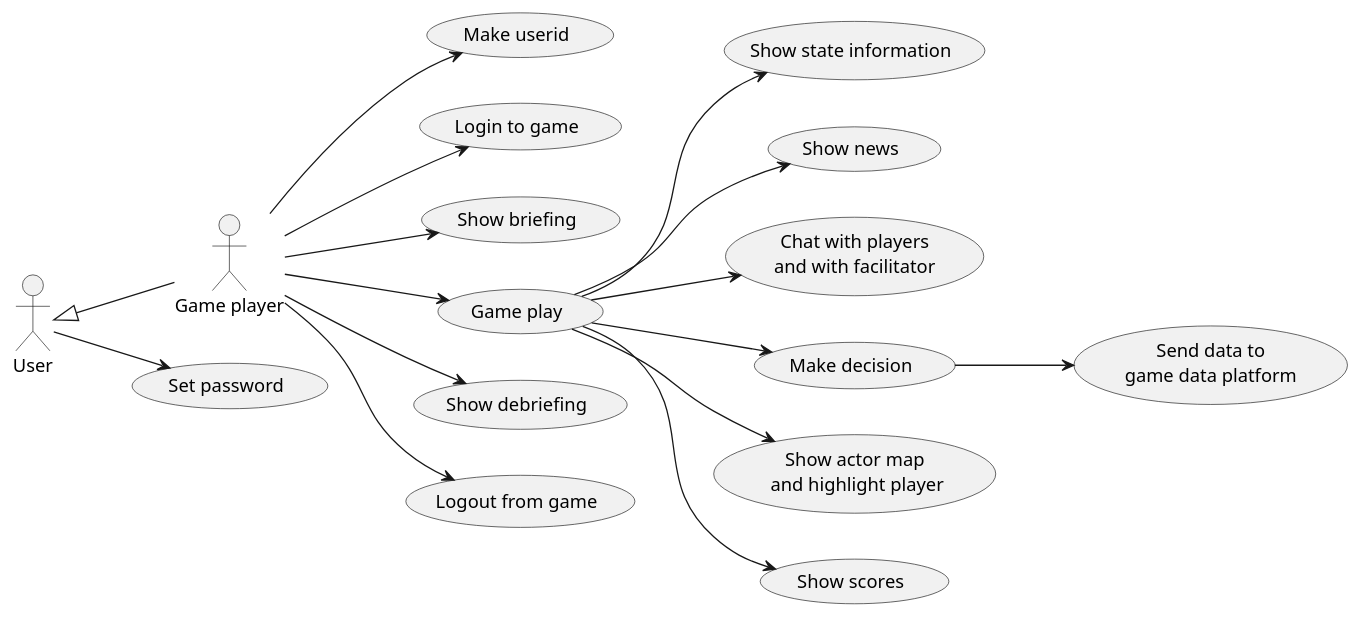
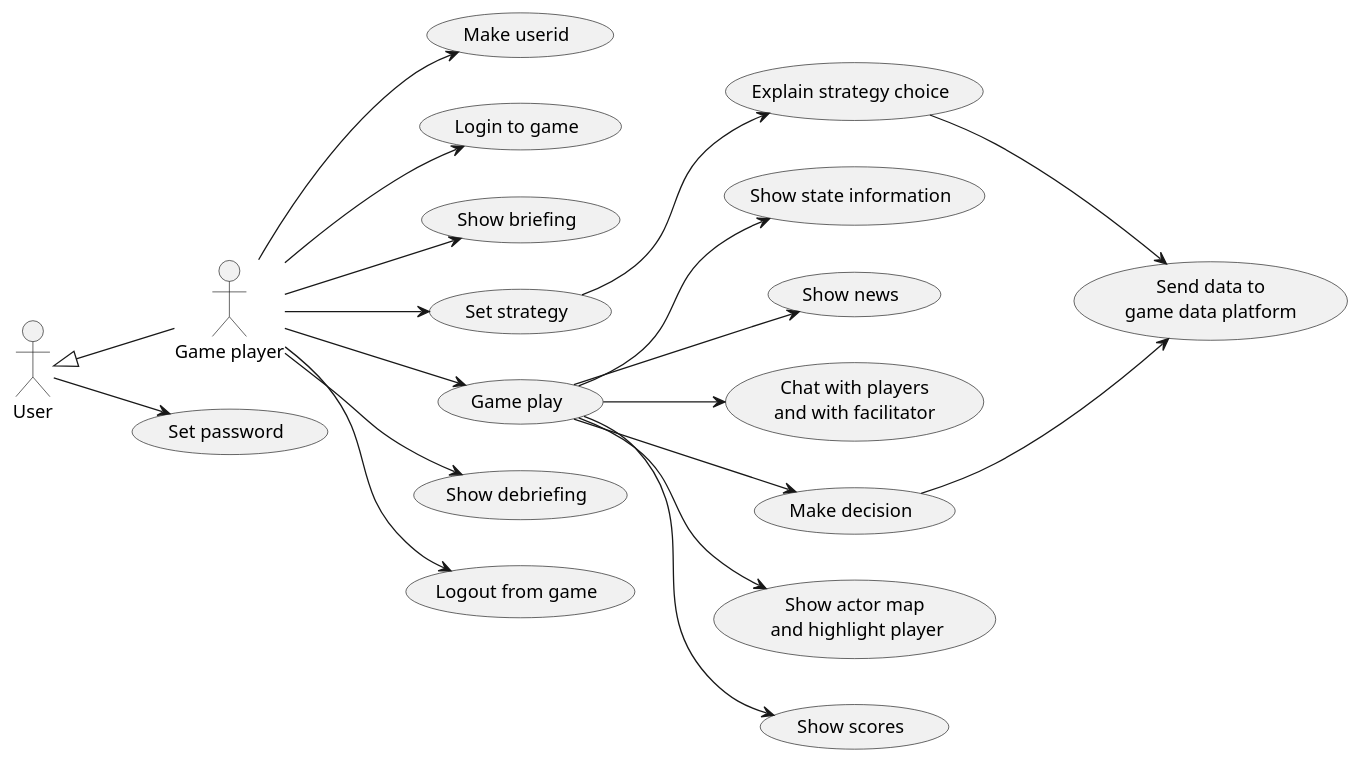
Before and after one commit to averbraeck/gscg-design: the diagram in doc/1-use-cases/diagrams/game-play.puml, drawn with PlantUML. The commit also changed 2 other files, not shown here.

Commit message:
Issue #11. Strategy setting by player

```diff
--- a/doc/1-use-cases/diagrams/game-play.puml
+++ b/doc/1-use-cases/diagrams/game-play.puml
@@ -1,28 +1,31 @@
 @startuml
 left to right direction
  
 "Game player" as GP
 User <|-- GP
 
 User --> (Set password)
 
 GP --> (Make userid)
 GP --> (Login to game)
+GP --> (Show briefing)
 
-GP --> (Show briefing)
+GP --> (Set strategy)
+(Set strategy) --> (Explain strategy choice)
+(Explain strategy choice) --> (Send data to\ngame data platform)
 
 GP --> (Game play)
 (Game play) --> (Show state information)
 (Game play) --> (Show news)
 (Game play) --> (Chat with players\nand with facilitator)
 (Game play) --> (Make decision)
 (Game play) --> (Show actor map\n and highlight player)
 (Game play) --> (Show scores)
 
 (Make decision) --> (Send data to\ngame data platform)
 
 GP --> (Show debriefing)
 
 GP --> (Logout from game)
 
 @enduml
```
